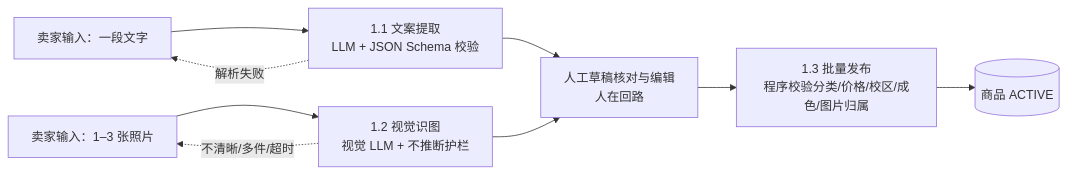
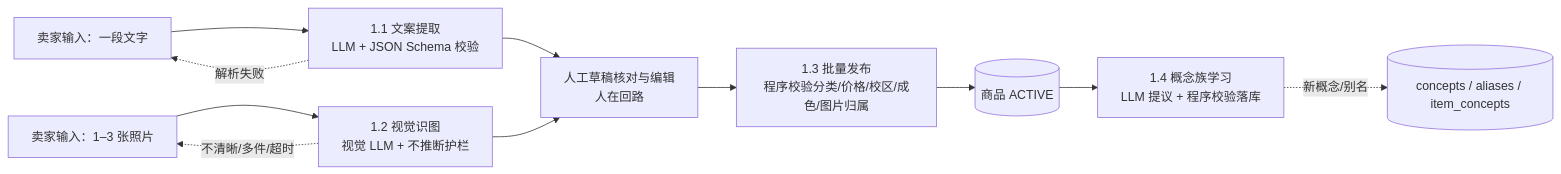
One commit to QiWang3569/yandu changed the first of 2 diagrams in docs/AI_PIPELINES.md. Above: the diagram before and after it, drawn with Mermaid. The commit also changed other lines of this file and 58 other files, not shown here.

````diff
--- a/docs/AI_PIPELINES.md
+++ b/docs/AI_PIPELINES.md
@@ -21,11 +22,13 @@
 ```mermaid
 flowchart LR
     T[卖家输入：一段文字] --> A[1.1 文案提取<br/>LLM + JSON Schema 校验]
     P[卖家输入：1–3 张照片] --> B[1.2 视觉识图<br/>视觉 LLM + 不推断护栏]
     A --> D[人工草稿核对与编辑<br/>人在回路]
     B --> D
     D --> E[1.3 批量发布<br/>程序校验分类/价格/校区/成色/图片归属]
     E --> F[(商品 ACTIVE)]
+    F --> G[1.4 概念族学习<br/>LLM 提议 + 程序校验落库]
+    G -. 新概念/别名 .-> H[(concepts / aliases / item_concepts)]
     A -. 解析失败 .-> T
     B -. 不清晰/多件/超时 .-> P
 ```
````
